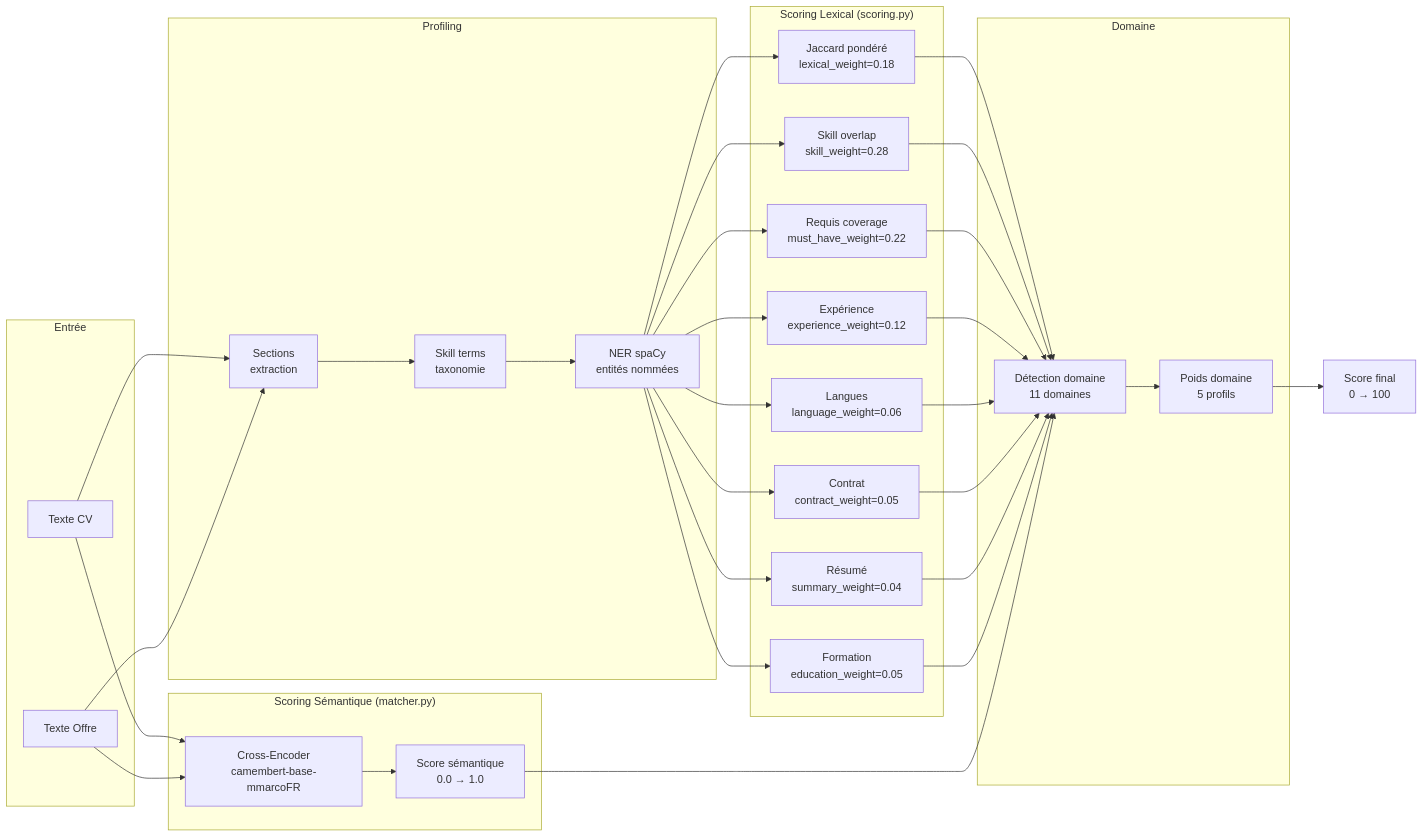
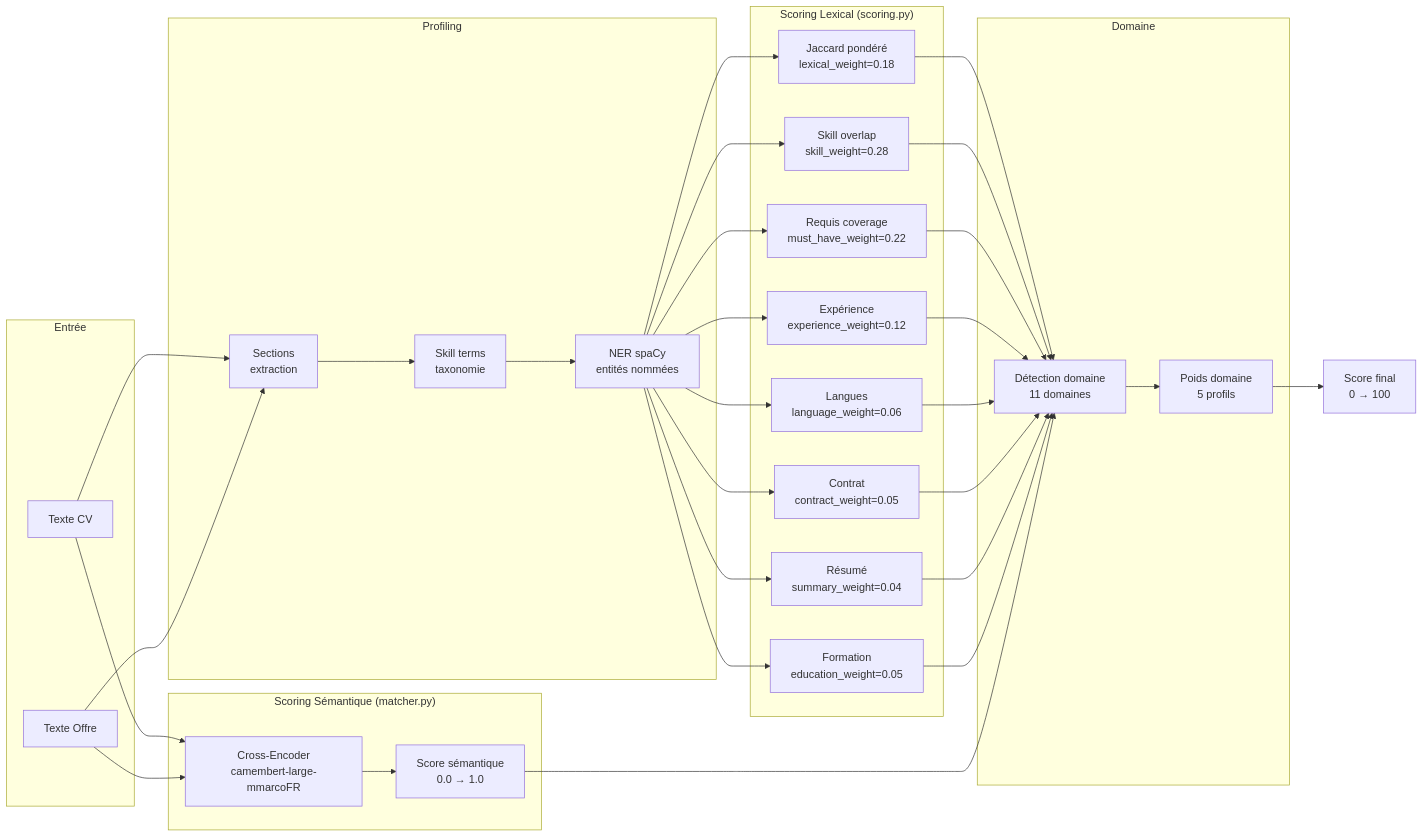
One commit to Benin-Digital/AI-reel-time changed the ninth of 20 diagrams in DOCUMENTATION.md. Above: the diagram before and after it, drawn with Mermaid. The commit also changed other lines of this file, not shown here.

First line of the commit message:
docs: update cross-encoder references to camembert-large-mmarcoFR

````diff
--- a/DOCUMENTATION.md
+++ b/DOCUMENTATION.md
@@ -650,47 +650,47 @@
 ```mermaid
 graph LR
     subgraph Entrée
         CV[Texte CV]
         JO[Texte Offre]
     end
 
     subgraph Profiling
         PR1[Sections\nextraction]
         PR2[Skill terms\ntaxonomie]
         PR3[NER spaCy\nentités nommées]
     end
 
     subgraph Lexical["Scoring Lexical (scoring.py)"]
         S1[Jaccard pondéré\nlexical_weight=0.18]
         S2[Skill overlap\nskill_weight=0.28]
         S3[Requis coverage\nmust_have_weight=0.22]
         S4[Expérience\nexperience_weight=0.12]
         S5[Langues\nlanguage_weight=0.06]
         S6[Contrat\ncontract_weight=0.05]
         S7[Résumé\nsummary_weight=0.04]
         S8[Formation\neducation_weight=0.05]
     end
 
     subgraph Sémantique["Scoring Sémantique (matcher.py)"]
-        CE[Cross-Encoder\ncamembert-base-mmarcoFR]
+        CE[Cross-Encoder\ncamembert-large-mmarcoFR]
         SEM[Score sémantique\n0.0 → 1.0]
     end
 
     subgraph Domaine
         DD[Détection domaine\n11 domaines]
         DW[Poids domaine\n5 profils]
     end
 
     CV --> PR1
     JO --> PR1
     PR1 --> PR2
     PR2 --> PR3
     PR3 --> S1 & S2 & S3 & S4 & S5 & S6 & S7 & S8
     CV --> CE
     JO --> CE
     CE --> SEM
     S1 & S2 & S3 & S4 & S5 & S6 & S7 & S8 --> DD
     SEM --> DD
     DD --> DW
     DW --> FINAL[Score final\n0 → 100]
 ```
````
